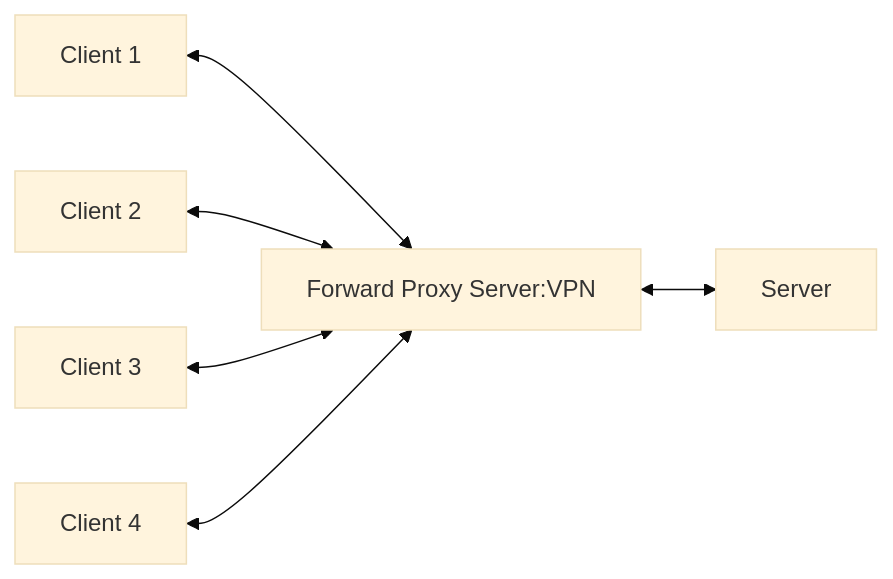
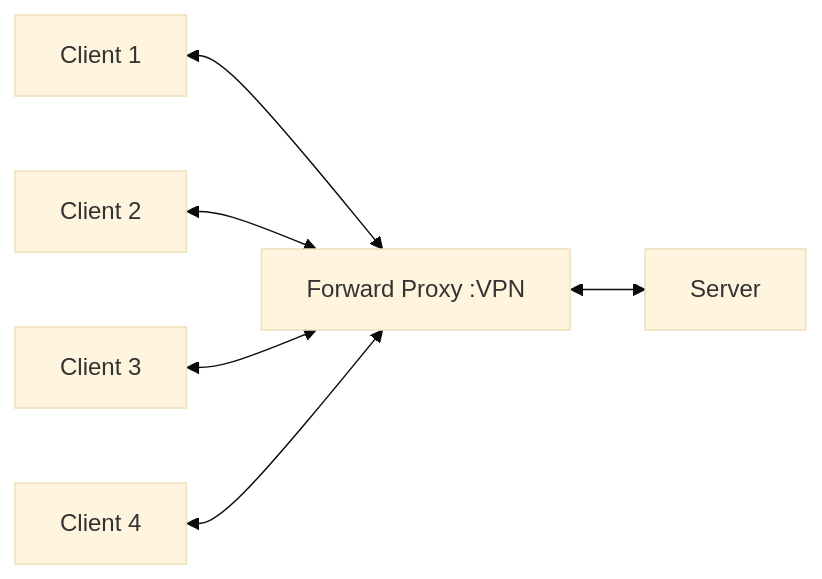
One commit to shubham21155102/nginx-docker changed the third of 4 diagrams in NGINX.MD. Above: the diagram before and after it, drawn with Mermaid (base theme). The commit also changed other lines of this file, not shown here.

Commit message:
add interface

````diff
--- a/NGINX.MD
+++ b/NGINX.MD
@@ -32,9 +32,9 @@
 ```mermaid
    graph LR
-    A[Client 1] <--> B[Forward Proxy Server:VPN]
+    A[Client 1] <--> B[Forward Proxy :VPN]
     C[Client 2]<--> B
     D[Client 3]<--> B
     E[Client 4]<-->B
     B<-->F[Server]   
   
 ```
````
